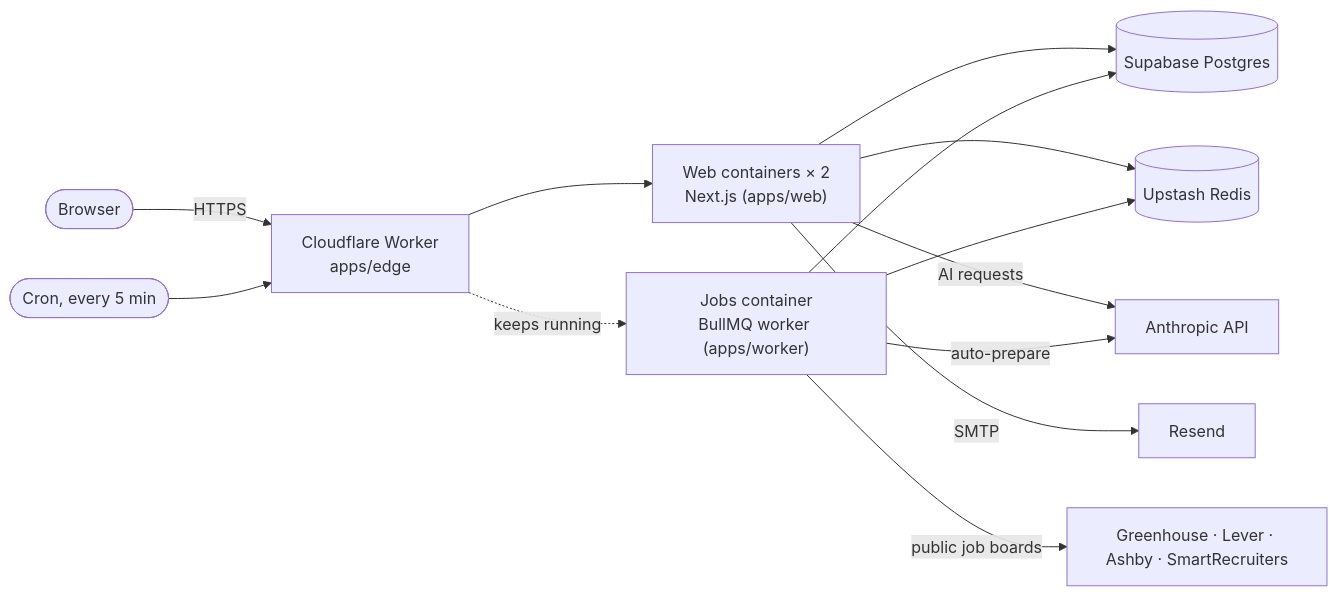
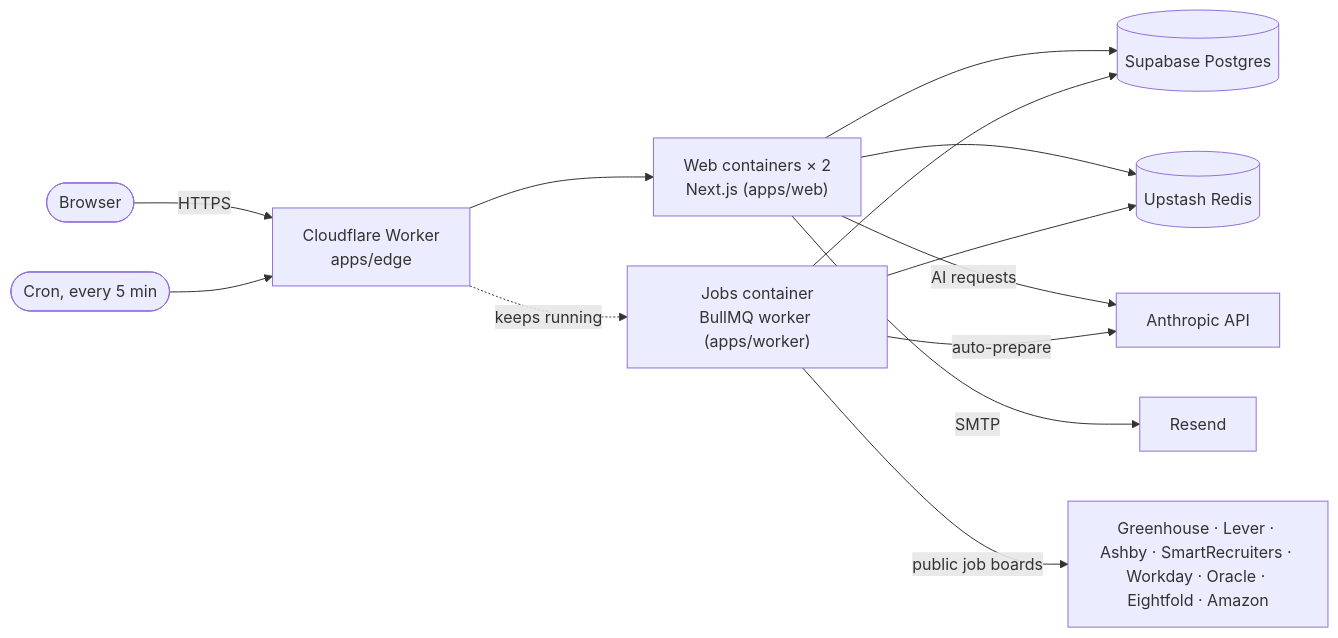
The diagram in docs/DEPLOY_CLOUDFLARE.md (HimaSundharRaju/NextRole), drawn with Mermaid before and after one commit. The commit also changed 44 other files, not shown here.

First line of the commit message:
Add Workday, Oracle, Eightfold and Amazon job boards, company discovery and safer syncs

````diff
--- a/docs/DEPLOY_CLOUDFLARE.md
+++ b/docs/DEPLOY_CLOUDFLARE.md
@@ -7,15 +7,15 @@
 ```mermaid
 flowchart LR
   visitor([Browser]) -->|HTTPS| worker["Cloudflare Worker<br/>apps/edge"]
   worker --> web["Web containers × 2<br/>Next.js (apps/web)"]
   cron([Cron, every 5 min]) --> worker
   worker -. keeps running .-> jobs["Jobs container<br/>BullMQ worker (apps/worker)"]
   web --> pg[(Supabase Postgres)]
   web --> redis[(Upstash Redis)]
   jobs --> pg
   jobs --> redis
   web -->|AI requests| anthropic[Anthropic API]
   jobs -->|auto-prepare| anthropic
   web -->|SMTP| mail[Resend]
-  jobs -->|public job boards| boards[Greenhouse · Lever · Ashby · SmartRecruiters]
+  jobs -->|public job boards| boards[Greenhouse · Lever · Ashby · SmartRecruiters · Workday · Oracle · Eightfold · Amazon]
 ```
````
